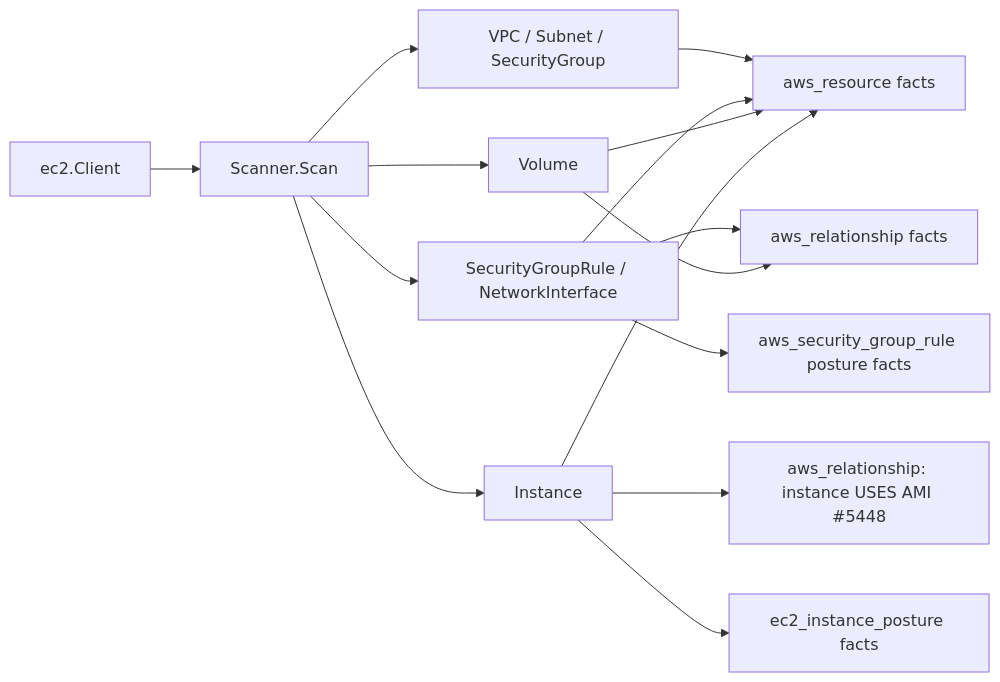
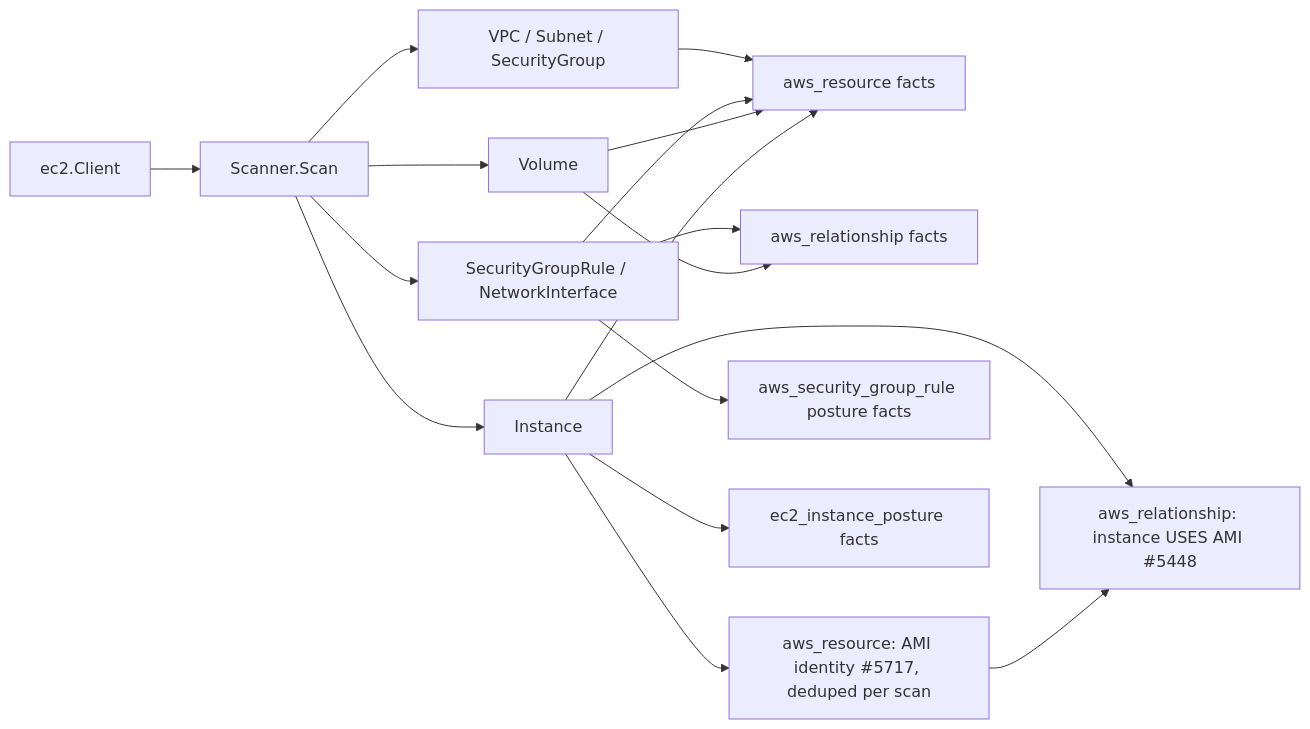
Before and after one commit to eshu-hq/eshu: the diagram in go/internal/collector/awscloud/services/ec2/README.md, drawn with Mermaid. The commit also changed other lines of this file and 7 other files, not shown here.

````diff
--- a/go/internal/collector/awscloud/services/ec2/README.md
+++ b/go/internal/collector/awscloud/services/ec2/README.md
@@ -54,17 +65,19 @@
 ```mermaid
 flowchart LR
   A["ec2.Client"] --> B["Scanner.Scan"]
   B --> C["VPC / Subnet / SecurityGroup"]
   B --> D["SecurityGroupRule / NetworkInterface"]
   B --> H["Instance"]
   B --> J["Volume"]
   C --> E["aws_resource facts"]
   D --> E
   J --> E
   H --> E
   D --> F["aws_relationship facts"]
   J --> F
   H --> K["aws_relationship: instance USES AMI #5448"]
+  H --> L["aws_resource: AMI identity #5717, deduped per scan"]
+  L --> K
   D --> G["aws_security_group_rule posture facts"]
   H --> I["ec2_instance_posture facts"]
 ```
````
